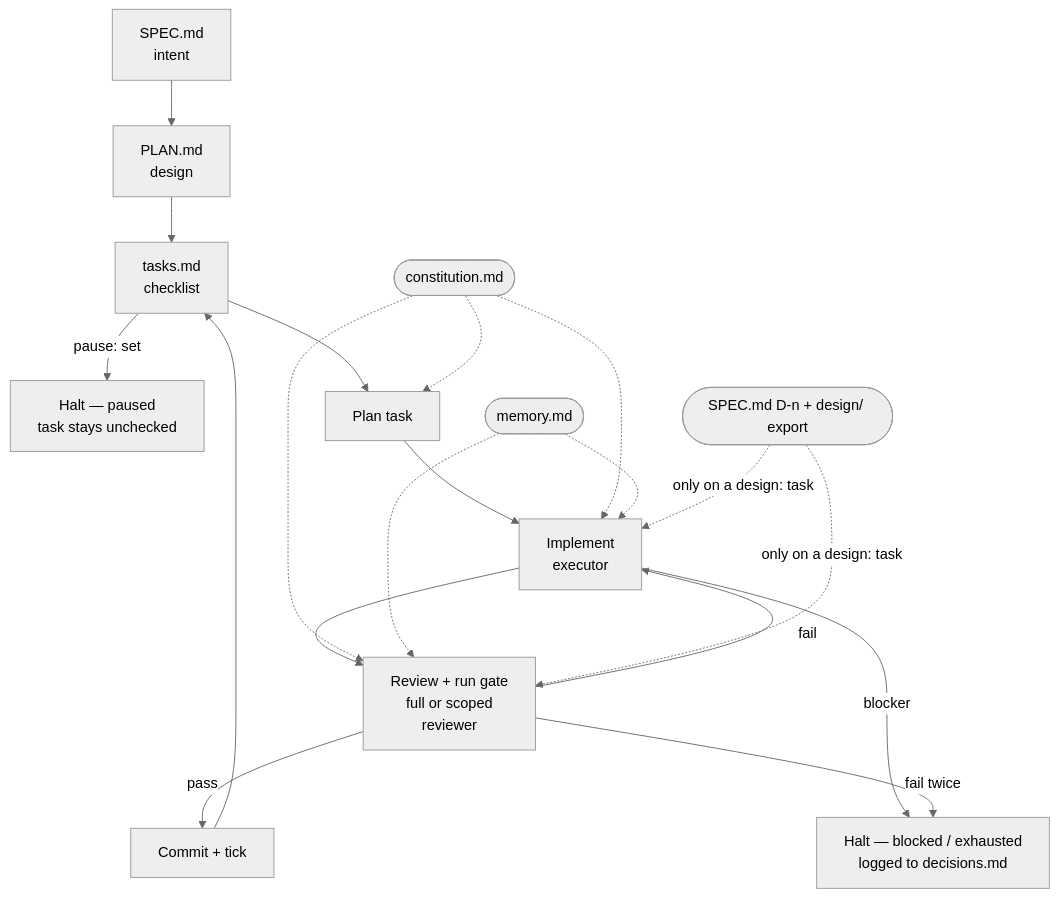
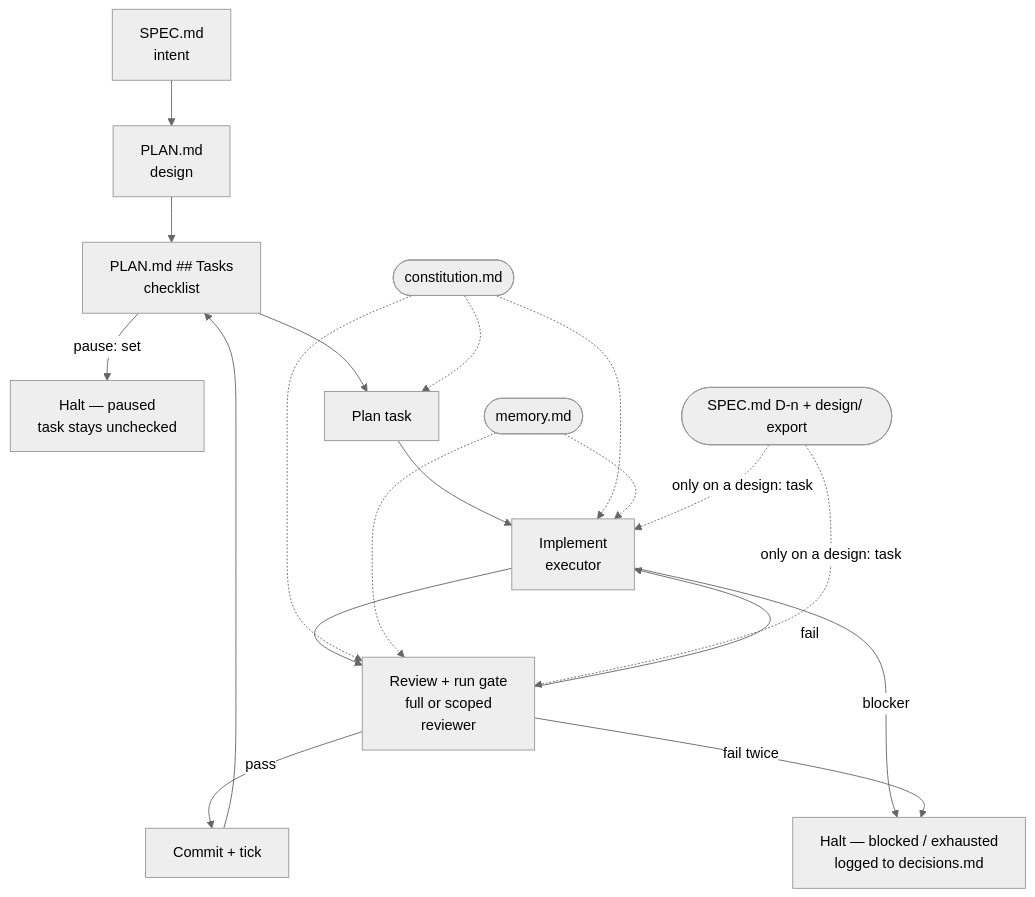
One commit to GrayMa77er/tiny-spec changed the diagram in README.md. Above: the diagram before and after it, drawn with Mermaid (neutral theme). The commit also changed other lines of this file and 11 other files, not shown here.

First line of the commit message:
refactor(plan,build,run)!: fold tasks.md into PLAN.md's ## Tasks section

````diff
--- a/README.md
+++ b/README.md
@@ -428,18 +428,18 @@
 ```mermaid
 flowchart TB
-    SPEC[SPEC.md<br/>intent] --> PLAN[PLAN.md<br/>design] --> TASKS[tasks.md<br/>checklist]
+    SPEC[SPEC.md<br/>intent] --> PLAN[PLAN.md<br/>design] --> TASKS[PLAN.md ## Tasks<br/>checklist]
 
     TASKS -->|pause: set| H[Halt — paused<br/>task stays unchecked]
     TASKS --> P[Plan task]
     P --> I[Implement<br/>executor]
     I --> R[Review + run gate<br/>full or scoped<br/>reviewer]
     I -->|blocker| B
     R -->|pass| C[Commit + tick]
     C --> TASKS
     R -->|fail| I
     R -->|fail twice| B[Halt — blocked / exhausted<br/>logged to decisions.md]
 
     CON([constitution.md]) -.-> P & I & R
     MEM([memory.md]) -.-> I & R
     DES([SPEC.md D-n + design/ export]) -.->|only on a design: task| I & R
 ```
````
